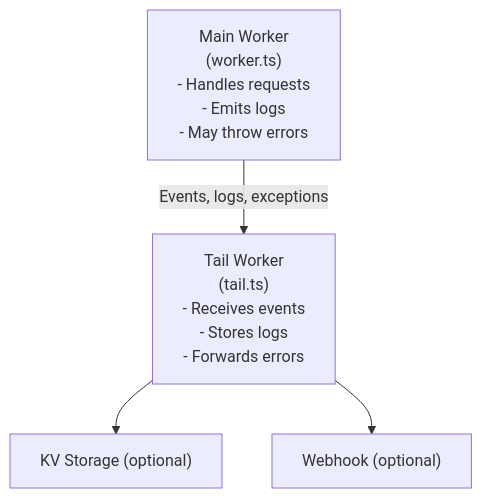
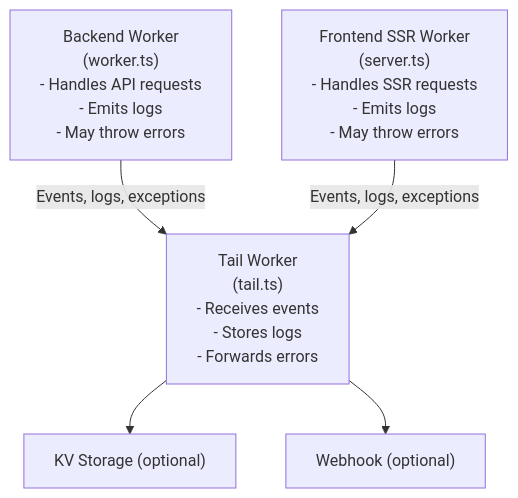
Before and after one commit to jaypatrick/adblock-compiler: the diagram in worker/TAIL_WORKER.md, drawn with Mermaid. The commit also changed other lines of this file and 6 other files, not shown here.

First line of the commit message:
feat(observability): wire tail worker and Sentry server-side SDK to frontend Worker

````diff
--- a/worker/TAIL_WORKER.md
+++ b/worker/TAIL_WORKER.md
@@ -183,11 +198,13 @@
 ```mermaid
 flowchart TD
-    main["Main Worker<br/>(worker.ts)<br/>- Handles requests<br/>- Emits logs<br/>- May throw errors"]
+    main["Backend Worker<br/>(worker.ts)<br/>- Handles API requests<br/>- Emits logs<br/>- May throw errors"]
+    frontend["Frontend SSR Worker<br/>(server.ts)<br/>- Handles SSR requests<br/>- Emits logs<br/>- May throw errors"]
     tail["Tail Worker<br/>(tail.ts)<br/>- Receives events<br/>- Stores logs<br/>- Forwards errors"]
     kv["KV Storage (optional)"]
     webhook["Webhook (optional)"]
 
     main -->|Events, logs, exceptions| tail
+    frontend -->|Events, logs, exceptions| tail
     tail --> kv
     tail --> webhook
 ```
````
